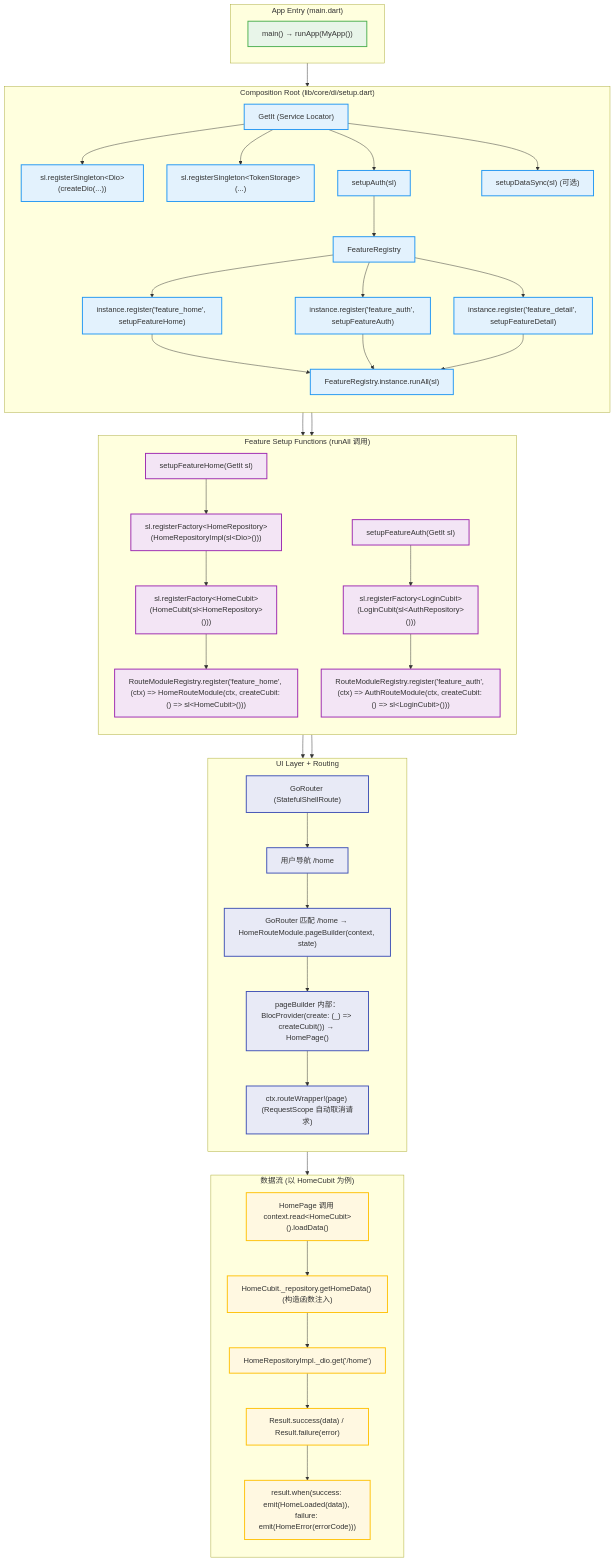
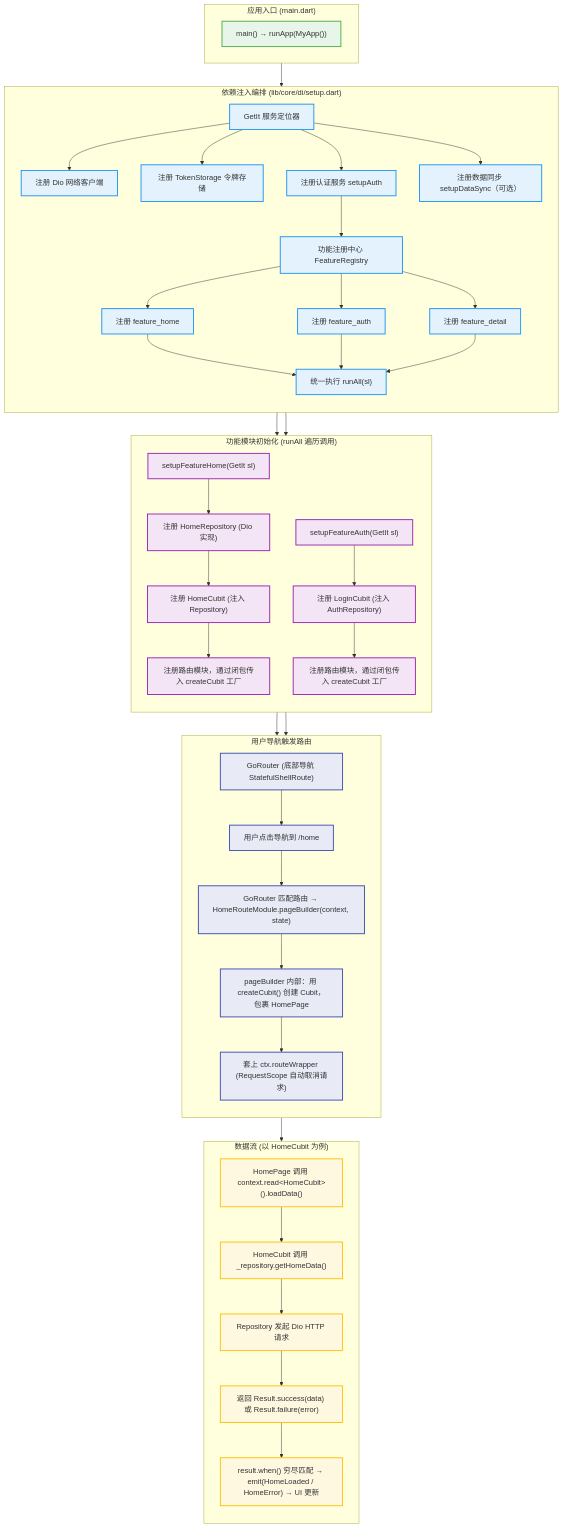
The diagram in docs/di-injection-flow.md (Kayouyou/spine-flutter), drawn with Mermaid before and after one commit. The commit also changed other lines of this file, not shown here.

Commit message:
docs: translate DI flow diagram labels to Chinese

````diff
--- a/docs/di-injection-flow.md
+++ b/docs/di-injection-flow.md
@@ -5,21 +5,21 @@
 ```mermaid
 flowchart TD
-    subgraph Entry["App Entry (main.dart)"]
+    subgraph Entry["应用入口 (main.dart)"]
         E1["main() → runApp(MyApp())"]
     end
 
-    subgraph Composition["Composition Root (lib/core/di/setup.dart)"]
+    subgraph Composition["依赖注入编排 (lib/core/di/setup.dart)"]
         direction TB
-        S1["GetIt (Service Locator)"]
-        S2["sl.registerSingleton&lt;Dio&gt;(createDio(...))"]
-        S3["sl.registerSingleton&lt;TokenStorage&gt;(...)"]
-        S4["setupAuth(sl)"]
-        S5["setupDataSync(sl) (可选)"]
-        FR["FeatureRegistry"]
-        FR1["instance.register('feature_home', setupFeatureHome)"]
-        FR2["instance.register('feature_auth', setupFeatureAuth)"]
-        FR3["instance.register('feature_detail', setupFeatureDetail)"]
-        RUN["FeatureRegistry.instance.runAll(sl)"]
+        S1["GetIt 服务定位器"]
+        S2["注册 Dio 网络客户端"]
+        S3["注册 TokenStorage 令牌存储"]
+        S4["注册认证服务 setupAuth"]
+        S5["注册数据同步 setupDataSync（可选）"]
+        FR["功能注册中心 FeatureRegistry"]
+        FR1["注册 feature_home"]
+        FR2["注册 feature_auth"]
+        FR3["注册 feature_detail"]
+        RUN["统一执行 runAll(sl)"]
         
         S1 --> S2
         S1 --> S3
@@ -34,28 +34,28 @@
         FR3 --> RUN
     end
 
-    subgraph FeatureSetup["Feature Setup Functions (runAll 调用)"]
+    subgraph FeatureSetup["功能模块初始化 (runAll 遍历调用)"]
         direction TB
         FS1["setupFeatureHome(GetIt sl)"]
-        FS2["sl.registerFactory&lt;HomeRepository&gt;(HomeRepositoryImpl(sl&lt;Dio&gt;()))"]
-        FS3["sl.registerFactory&lt;HomeCubit&gt;(HomeCubit(sl&lt;HomeRepository&gt;()))"]
-        FS4["RouteModuleRegistry.register('feature_home', (ctx) => HomeRouteModule(ctx, createCubit: () => sl&lt;HomeCubit&gt;()))"]
+        FS2["注册 HomeRepository (Dio 实现)"]
+        FS3["注册 HomeCubit (注入 Repository)"]
+        FS4["注册路由模块，通过闭包传入 createCubit 工厂"]
         
         FS5["setupFeatureAuth(GetIt sl)"]
-        FS6["sl.registerFactory&lt;LoginCubit&gt;(LoginCubit(sl&lt;AuthRepository&gt;()))"]
-        FS7["RouteModuleRegistry.register('feature_auth', (ctx) => AuthRouteModule(ctx, createCubit: () => sl&lt;LoginCubit&gt;()))"]
+        FS6["注册 LoginCubit (注入 AuthRepository)"]
+        FS7["注册路由模块，通过闭包传入 createCubit 工厂"]
         
         FS1 --> FS2 --> FS3 --> FS4
         FS5 --> FS6 --> FS7
     end
 
-    subgraph Routing["UI Layer + Routing"]
+    subgraph Routing["用户导航触发路由"]
         direction TB
-        G1["GoRouter (StatefulShellRoute)"]
-        G2["用户导航 /home"]
-        G3["GoRouter 匹配 /home → HomeRouteModule.pageBuilder(context, state)"]
-        G4["pageBuilder 内部：BlocProvider(create: (_) => createCubit()) → HomePage()"]
-        G5["ctx.routeWrapper!(page) (RequestScope 自动取消请求)"]
+        G1["GoRouter (底部导航 StatefulShellRoute)"]
+        G2["用户点击导航到 /home"]
+        G3["GoRouter 匹配路由 → HomeRouteModule.pageBuilder(context, state)"]
+        G4["pageBuilder 内部：用 createCubit() 创建 Cubit，包裹 HomePage"]
+        G5["套上 ctx.routeWrapper (RequestScope 自动取消请求)"]
         
         G1 --> G2 --> G3 --> G4 --> G5
     end
@@ -63,10 +63,10 @@
     subgraph DataFlow["数据流 (以 HomeCubit 为例)"]
         direction TB
         D1["HomePage 调用 context.read&lt;HomeCubit&gt;().loadData()"]
-        D2["HomeCubit._repository.getHomeData() (构造函数注入)"]
-        D3["HomeRepositoryImpl._dio.get('/home')"]
-        D4["Result.success(data) / Result.failure(error)"]
-        D5["result.when(success: emit(HomeLoaded(data)), failure: emit(HomeError(errorCode)))"]
+        D2["HomeCubit 调用 _repository.getHomeData()"]
+        D3["Repository 发起 Dio HTTP 请求"]
+        D4["返回 Result.success(data) 或 Result.failure(error)"]
+        D5["result.when() 穷尽匹配 → emit(HomeLoaded / HomeError) → UI 更新"]
         
         D1 --> D2 --> D3 --> D4 --> D5
     end
````
